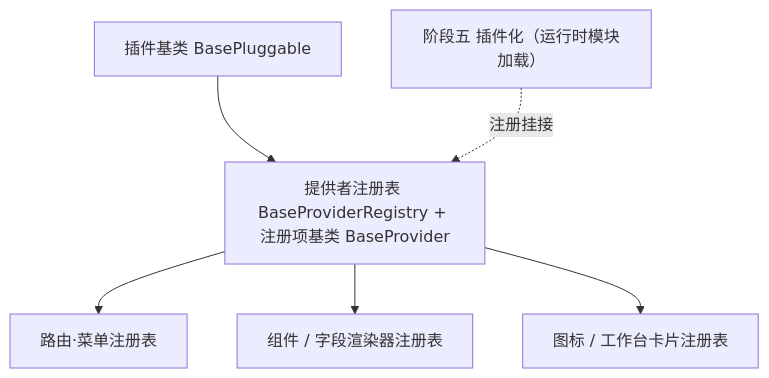
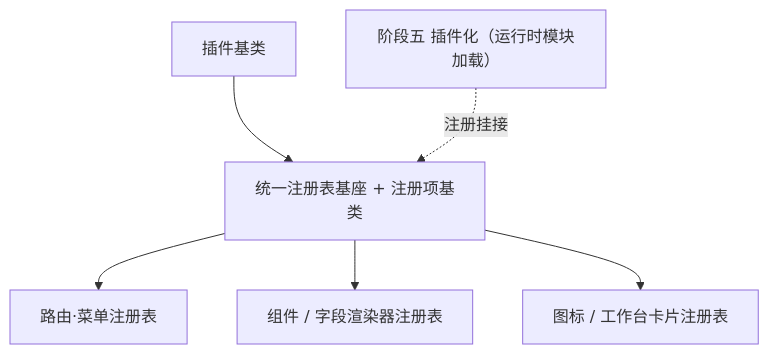
One commit to minjian123/basic-management-system changed the diagram in bms文档/设计/组件设计/02_基础组件类/01_机制基类/06_组件设计_注册表基类/06_组件设计_注册表基类.md. Above: the diagram before and after it, drawn with Mermaid. The commit also changed other lines of this file and 108 other files, not shown here.

````diff
--- a/bms文档/设计/组件设计/02_基础组件类/01_机制基类/06_组件设计_注册表基类/06_组件设计_注册表基类.md
+++ b/bms文档/设计/组件设计/02_基础组件类/01_机制基类/06_组件设计_注册表基类/06_组件设计_注册表基类.md
@@ -16,8 +16,8 @@
 ```mermaid
 flowchart TD
-    PLG["插件基类 BasePluggable"] --> REG["提供者注册表 BaseProviderRegistry + 注册项基类 BaseProvider"]
+    PLG["插件基类"] --> REG["统一注册表基座 + 注册项基类"]
     REG --> R1["路由·菜单注册表"]
     REG --> R2["组件 / 字段渲染器注册表"]
     REG --> R3["图标 / 工作台卡片注册表"]
     PLUG["阶段五 插件化（运行时模块加载）"] -. 注册挂接 .-> REG
 ```
````
